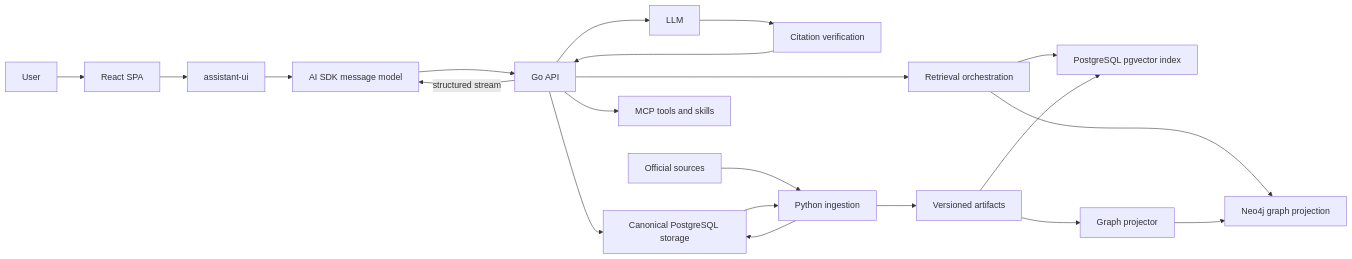
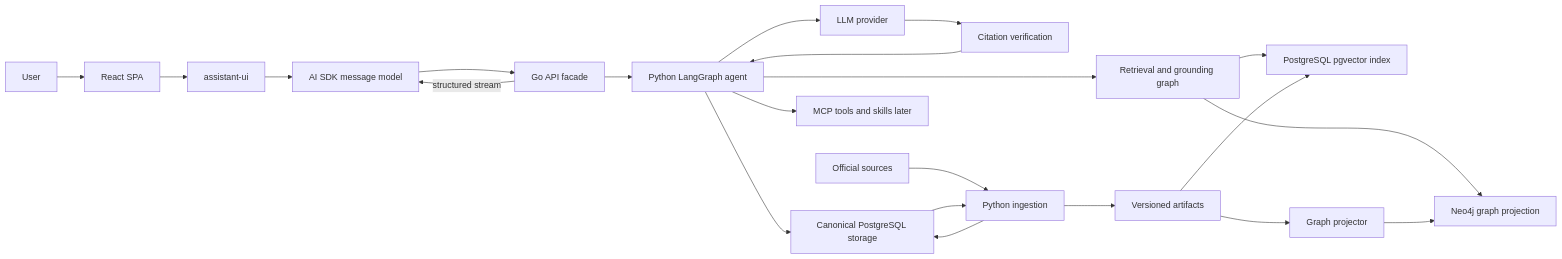
The first of 2 diagrams in docs/architecture/overview.md (dharlanoliveira/norvii), drawn with Mermaid before and after one commit. The commit also changed other lines of this file and 96 other files, not shown here.

````diff
--- a/docs/architecture/overview.md
+++ b/docs/architecture/overview.md
@@ -9,25 +9,26 @@
 ```mermaid
 flowchart LR
     U[User] --> W[React SPA]
     W --> A[assistant-ui]
     A --> K[AI SDK message model]
-    K --> B[Go API]
-    B --> R[Retrieval orchestration]
+    K --> B[Go API facade]
+    B --> X[Python LangGraph agent]
+    X --> R[Retrieval and grounding graph]
     R --> V[PostgreSQL pgvector index]
     R --> G[Neo4j graph projection]
-    B --> L[LLM]
+    X --> L[LLM provider]
     L --> C[Citation verification]
-    C --> B
+    C --> X
     B -->|structured stream| K
 
     F[Official sources] --> I[Python ingestion]
     D[Canonical PostgreSQL storage] --> I
     I --> N[Versioned artifacts]
     N --> V
     N --> P[Graph projector]
     P --> G
     I --> D
 
-    B --> D
-    B --> M[MCP tools and skills]
+    X --> D
+    X --> M[MCP tools and skills later]
 ```
````
